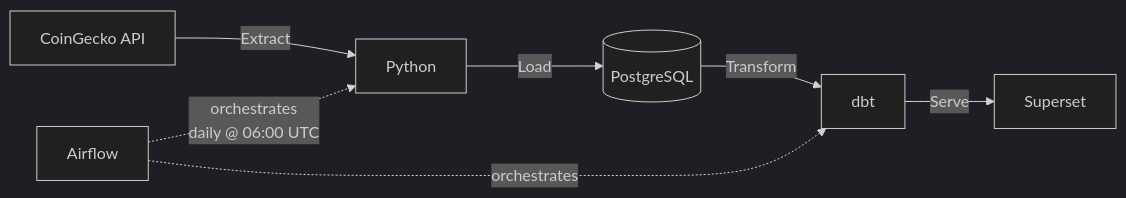
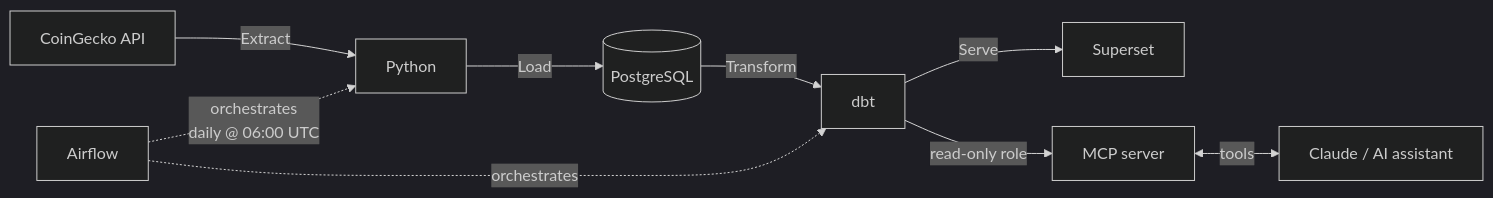
One commit to hrootscraft/crypto-market-analysis changed the first of 2 diagrams in README.md. Above: the diagram before and after it, drawn with Mermaid (dark theme). The commit also changed other lines of this file and 12 other files, not shown here.

First line of the commit message:
Add read-only MCP server so AI assistants can query the dbt marts

````diff
--- a/README.md
+++ b/README.md
@@ -9,9 +11,11 @@
 ```mermaid
 flowchart LR
     A["CoinGecko API"] -->|Extract| B["Python"]
     B -->|Load| C[("PostgreSQL")]
     C -->|Transform| D["dbt"]
     D -->|Serve| E["Superset"]
     F["Airflow"] -.->|orchestrates<br>daily @ 06:00 UTC| B
     F -.->|orchestrates| D
+    D -->|read-only role| G["MCP server"]
+    G <-->|tools| H["Claude / AI assistant"]
 ```
````
